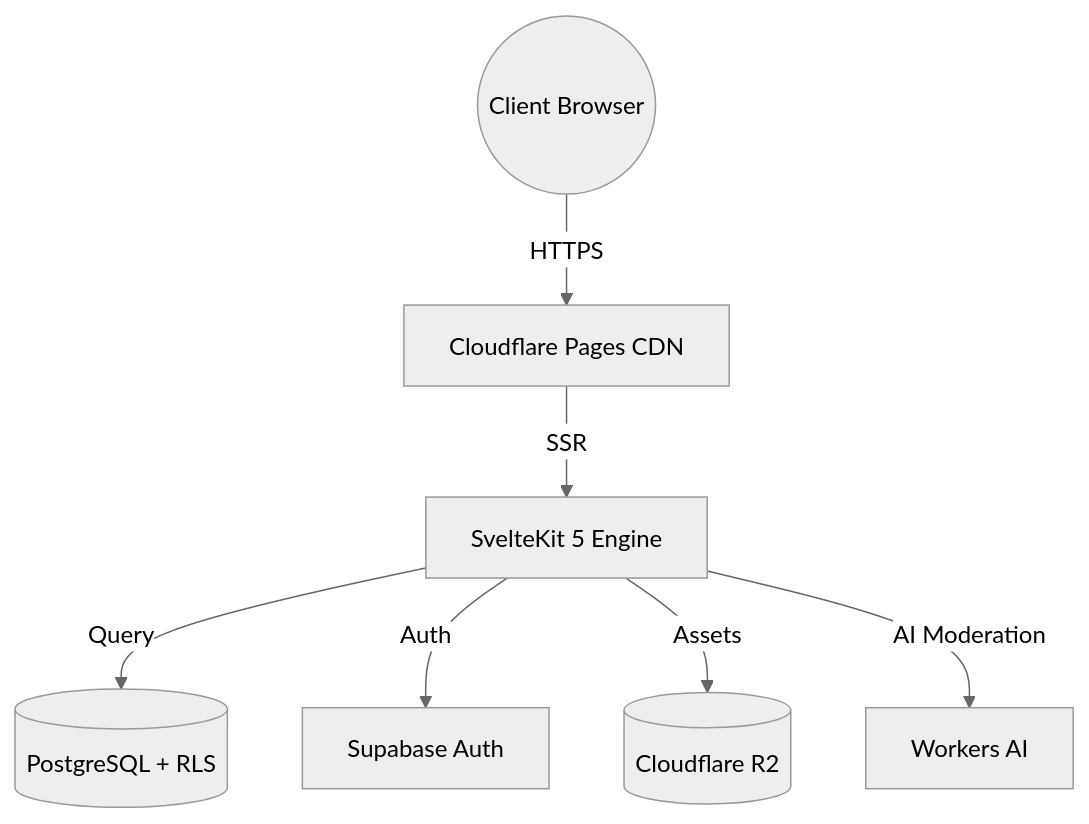
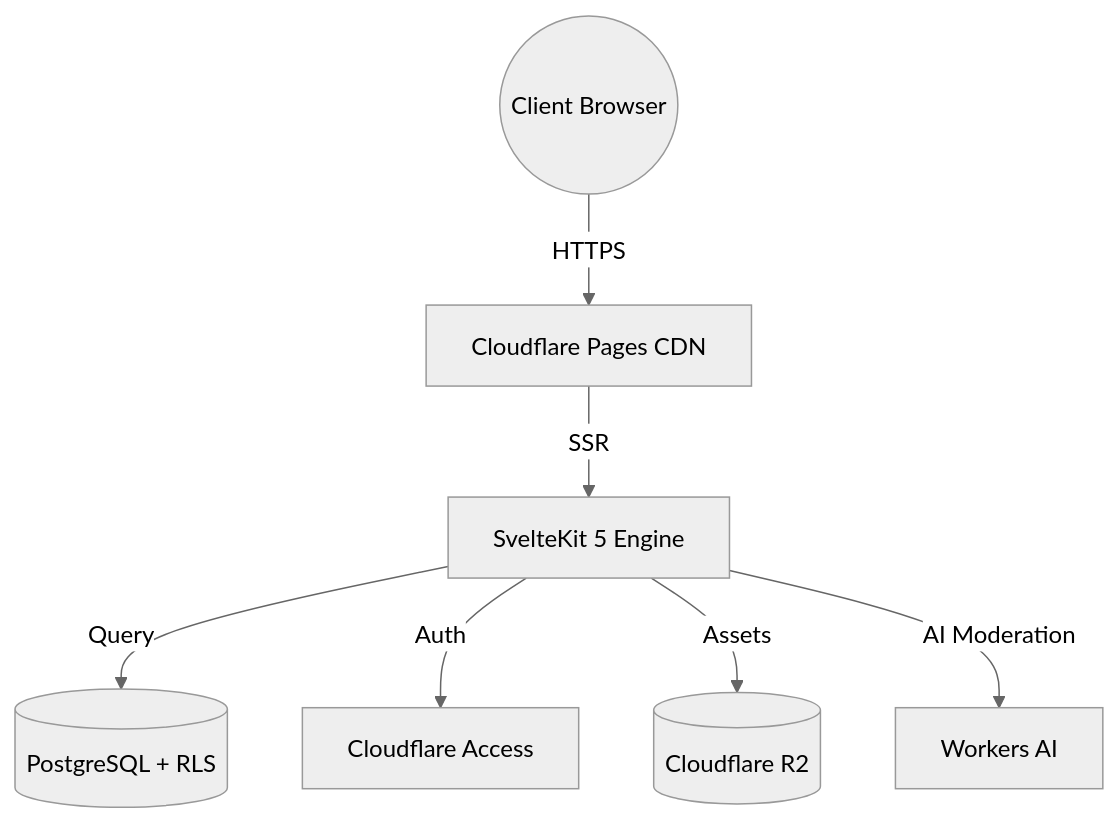
The first of 2 diagrams in tests/fixtures/markdown-demo.md (farhnkrnapratma/idstead), drawn with Mermaid (neutral theme) before and after one commit. The commit also changed other lines of this file and 40 other files, not shown here.

First line of the commit message:
docs: describe admin sign-in through Cloudflare Access

````diff
--- a/tests/fixtures/markdown-demo.md
+++ b/tests/fixtures/markdown-demo.md
@@ -252,9 +252,9 @@
 ```mermaid
 graph TD
   User((Client Browser)) -->|HTTPS| CF[Cloudflare Pages CDN]
   CF -->|SSR| SK[SvelteKit 5 Engine]
   SK -->|Query| DB[(PostgreSQL + RLS)]
-  SK -->|Auth| Auth[Supabase Auth]
+  SK -->|Auth| Auth[Cloudflare Access]
   SK -->|Assets| R2[(Cloudflare R2)]
   SK -->|AI Moderation| AI[Workers AI]
 ```
````
